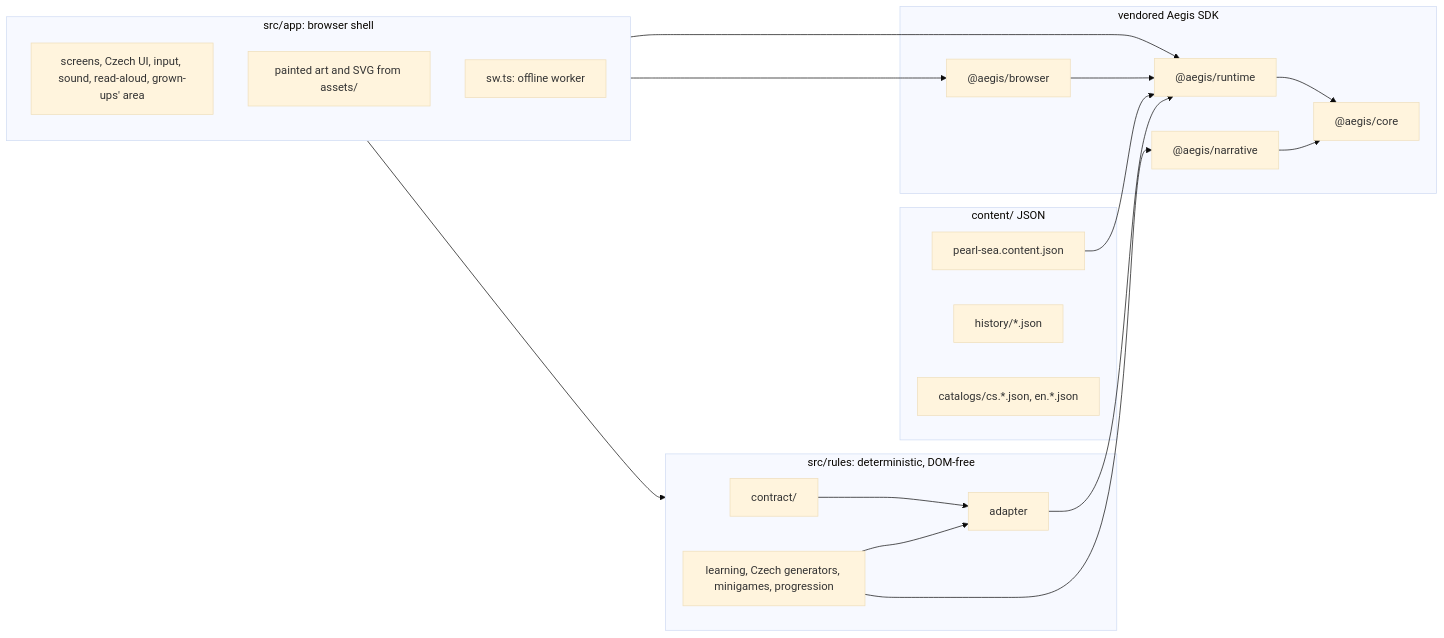
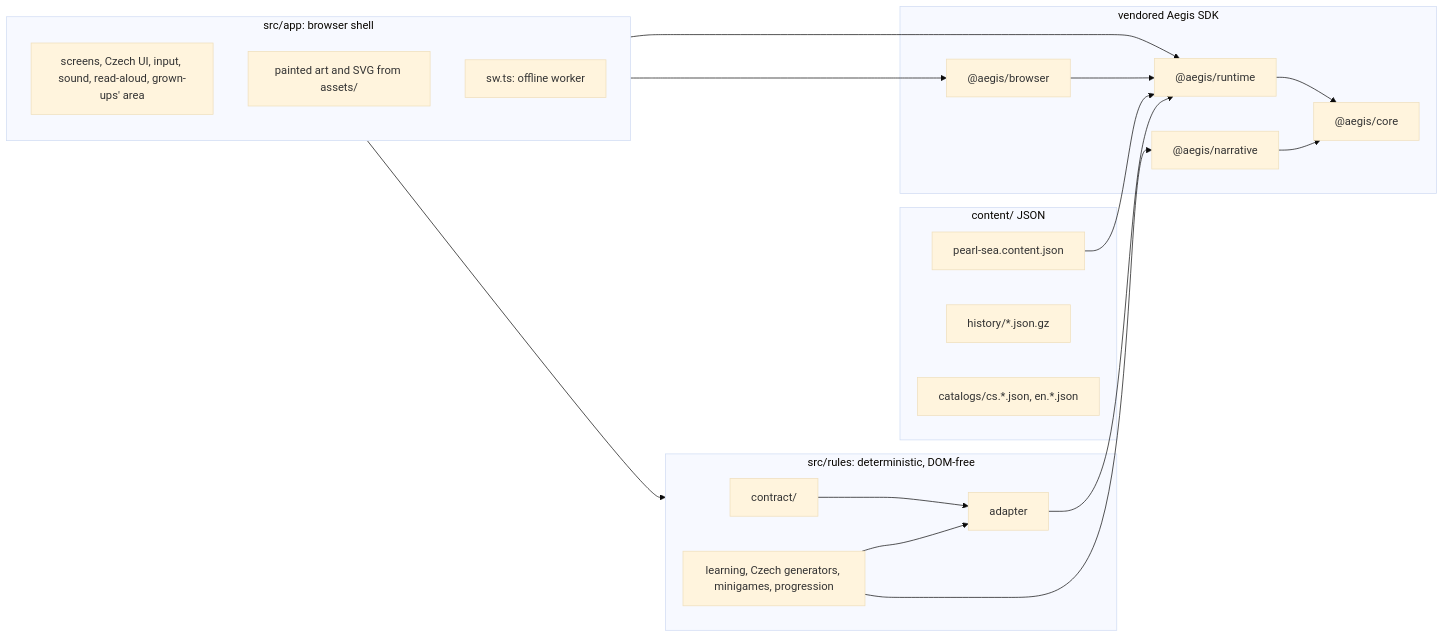
One commit to rumukh/pearl-sea changed the diagram in docs/architecture.md. Above: the diagram before and after it, drawn with Mermaid (base theme). The commit also changed other lines of this file and 23 other files, not shown here.

````diff
--- a/docs/architecture.md
+++ b/docs/architecture.md
@@ -19,35 +19,35 @@
 ```mermaid
 flowchart LR
   subgraph Content["content/ JSON"]
     pack["pearl-sea.content.json"]
-    hist["history/*.json"]
+    hist["history/*.json.gz"]
     cat["catalogs/cs.*.json, en.*.json"]
   end
   subgraph Rules["src/rules: deterministic, DOM-free"]
     contract["contract/"]
     adapter["adapter"]
     mods["learning, Czech generators, minigames, progression"]
   end
   subgraph SDK["vendored Aegis SDK"]
     core["@aegis/core"]
     runtime["@aegis/runtime"]
     narrative["@aegis/narrative"]
     browser["@aegis/browser"]
   end
   subgraph App["src/app: browser shell"]
     shell["screens, Czech UI, input, sound, read-aloud, grown-ups' area"]
     art["painted art and SVG from assets/"]
     sw["sw.ts: offline worker"]
   end
   pack --> runtime
   contract --> adapter
   mods --> adapter
   mods --> narrative
   adapter --> runtime
   runtime --> core
   narrative --> core
   App --> runtime
   App --> browser
   App --> Rules
   browser --> runtime
 ```
````
